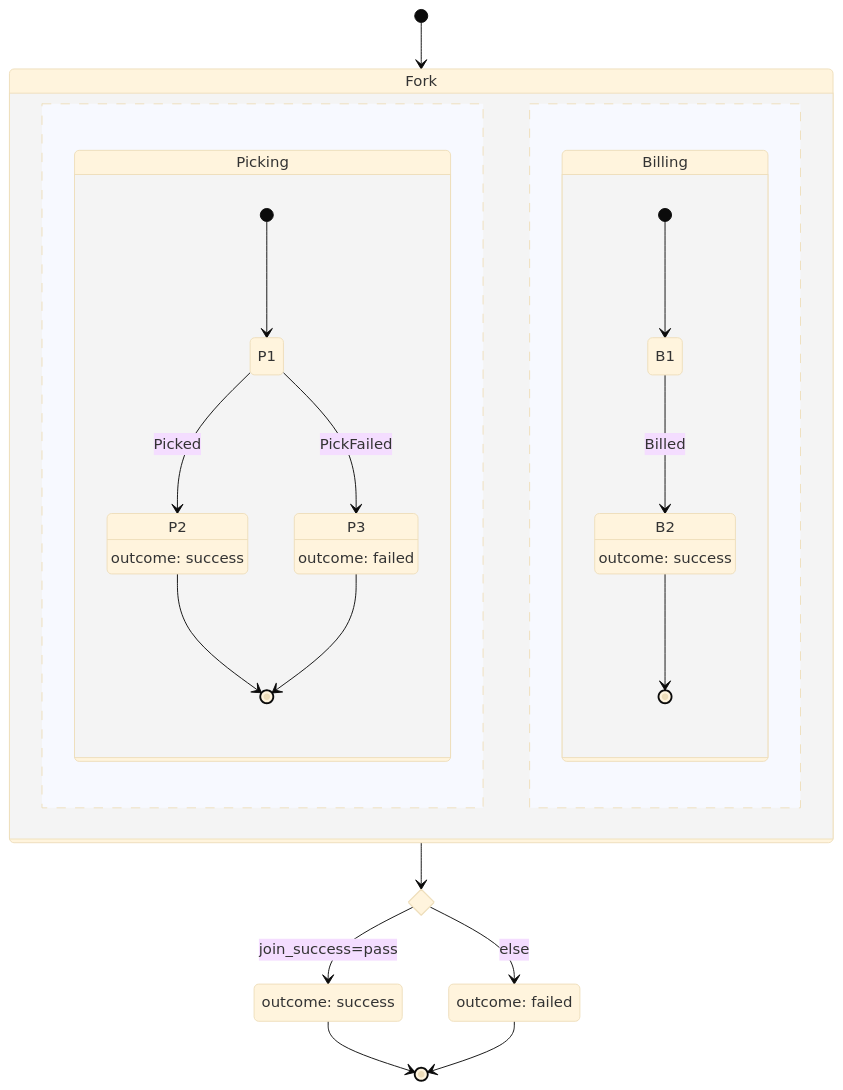
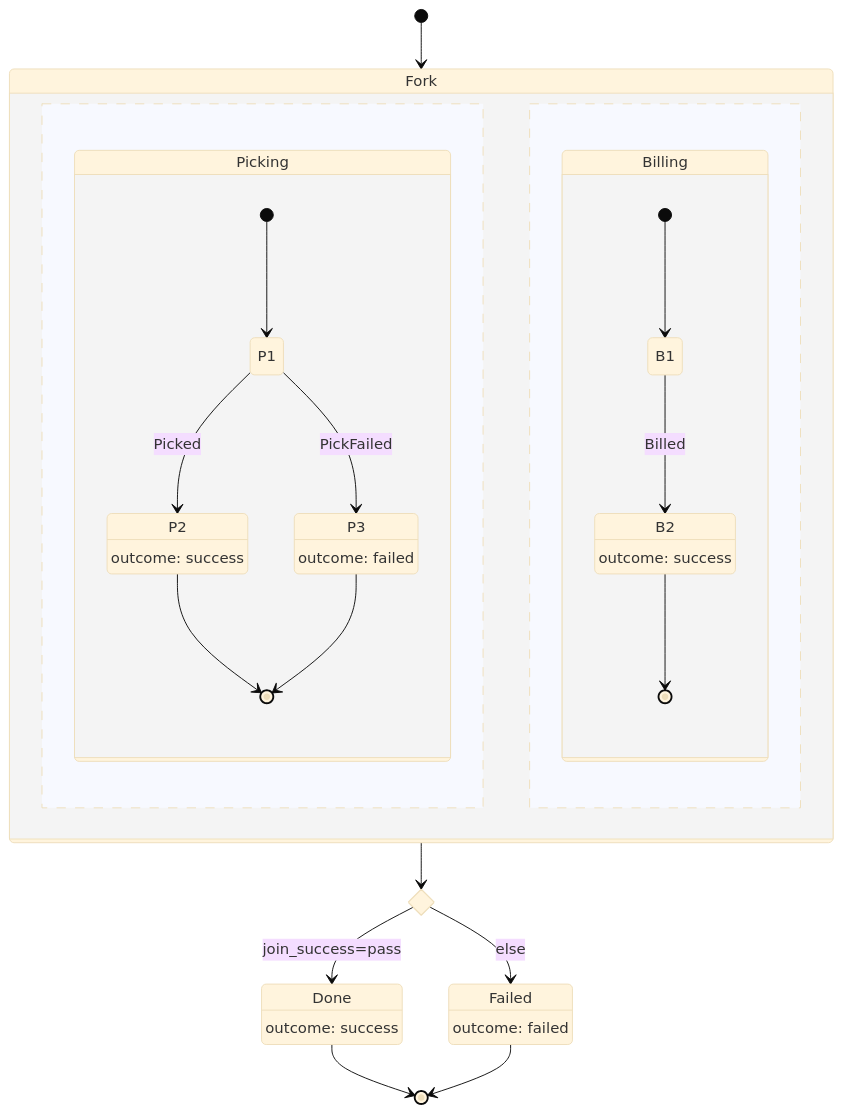
One commit to acasadom/harel changed the second of 3 diagrams in docs/examples/monitor_demo.md. Above: the diagram before and after it, drawn with Mermaid (base theme). The commit also changed other lines of this file and 9 other files, not shown here.

````diff
--- a/docs/examples/monitor_demo.md
+++ b/docs/examples/monitor_demo.md
@@ -46,35 +47,37 @@
 ```{mermaid}
 stateDiagram-v2
 [*] --> Fork
 state Fork {
   state "Picking" as Fork_Picking {
     [*] --> Fork_Picking_P1
     state "P1" as Fork_Picking_P1
     state "P2" as Fork_Picking_P2
     Fork_Picking_P2 : outcome#58; success
     state "P3" as Fork_Picking_P3
     Fork_Picking_P3 : outcome#58; failed
     Fork_Picking_P1 --> Fork_Picking_P2 : Picked
     Fork_Picking_P1 --> Fork_Picking_P3 : PickFailed
     Fork_Picking_P2 --> [*]
     Fork_Picking_P3 --> [*]
   }
   --
   state "Billing" as Fork_Billing {
     [*] --> Fork_Billing_B1
     state "B1" as Fork_Billing_B1
     state "B2" as Fork_Billing_B2
     Fork_Billing_B2 : outcome#58; success
     Fork_Billing_B1 --> Fork_Billing_B2 : Billed
     Fork_Billing_B2 --> [*]
   }
 }
+state "Done" as Done
 Done : outcome#58; success
+state "Failed" as Failed
 Failed : outcome#58; failed
 state Fork__join_success <<choice>>
 Fork --> Fork__join_success
 Fork__join_success --> Done : join_success=pass
 Fork__join_success --> Failed : else
 Done --> [*]
 Failed --> [*]
 ```
````
